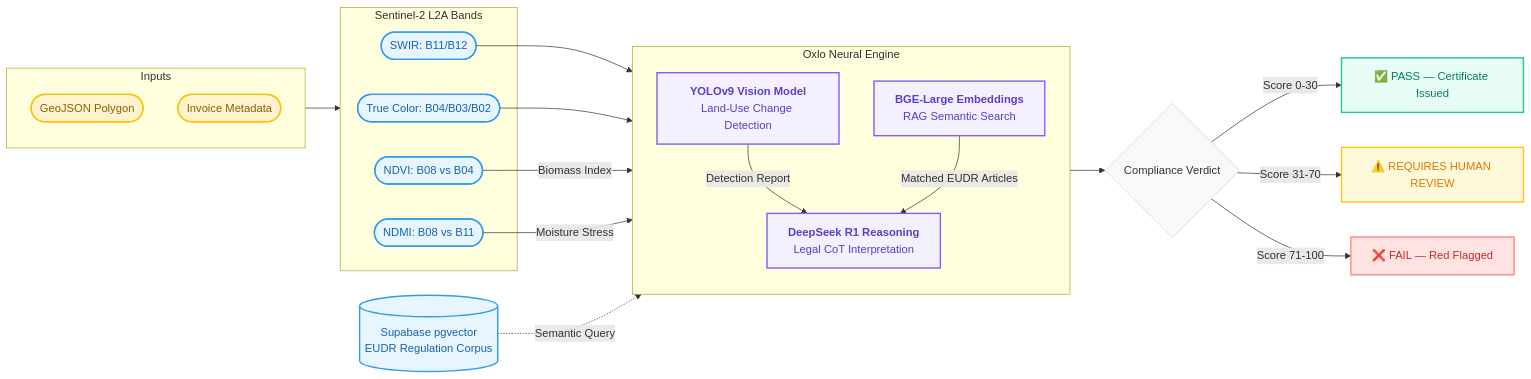
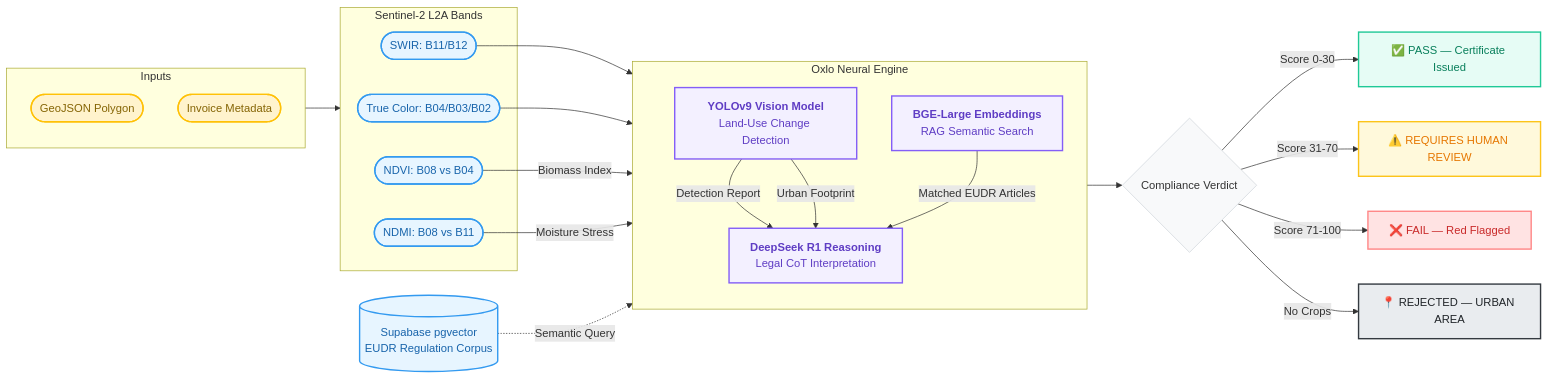
One commit to J4rias/eco-oracle-oxlo changed the third of 3 diagrams in README.md. Above: the diagram before and after it, drawn with Mermaid. The commit also changed other lines of this file and 11 other files, not shown here.

Commit message:
Fix: Example GeoJSON files; added REJECTED_URBAN_AREA and updated the models and README. The visual model was refined.

````diff
--- a/README.md
+++ b/README.md
@@ -117,48 +117,51 @@
 ```mermaid
 flowchart LR
     %% Styling Definitions
     classDef input fill:#fff3cd,stroke:#ffc107,stroke-width:2px,color:#856404;
     classDef layer fill:#e7f5ff,stroke:#339af0,stroke-width:2px,color:#1864ab;
     classDef ai fill:#f3f0ff,stroke:#845ef7,stroke-width:2px,color:#5f3dc4;
     classDef db fill:#e7f5ff,stroke:#339af0,stroke-width:2px,color:#1864ab;
     classDef pass fill:#e6fcf5,stroke:#20c997,stroke-width:2px,color:#087f5b;
     classDef fail fill:#ffe3e3,stroke:#ff8787,stroke-width:2px,color:#c92a2a;
     classDef review fill:#fff9db,stroke:#fcc419,stroke-width:2px,color:#e67700;
+    classDef reject fill:#e9ecef,stroke:#343a40,stroke-width:2px,color:#212529;
     classDef data fill:#f8f9fa,stroke:#ced4da,stroke-width:1px;
 
     subgraph Input [Inputs]
         G([GeoJSON Polygon]):::input
         M([Invoice Metadata]):::input
     end
 
     subgraph Remote_Sensing [Sentinel-2 L2A Bands]
         RGB([True Color: B04/B03/B02]):::layer
         SWIR([SWIR: B11/B12]):::layer
         NDVI([NDVI: B08 vs B04]):::layer
         NDMI([NDMI: B08 vs B11]):::layer
     end
 
     subgraph Oxlo_Models [Oxlo Neural Engine]
         direction TB
         YOLO["<b>YOLOv9 Vision Model</b><br/>Land-Use Change Detection"]:::ai
         DS["<b>DeepSeek R1 Reasoning</b><br/>Legal CoT Interpretation"]:::ai
         BGE["<b>BGE-Large Embeddings</b><br/>RAG Semantic Search"]:::ai
     end
 
     Input --> Remote_Sensing
 
     SWIR --> YOLO
     RGB --> YOLO
     YOLO -- "Detection Report" --> DS
+    YOLO -- "Urban Footprint" --> DS
     NDVI -- "Biomass Index" --> DS
     NDMI -- "Moisture Stress" --> DS
 
     BGE -- "Matched EUDR Articles" --> DS
     RAG[(Supabase pgvector<br/>EUDR Regulation Corpus)]:::db -.->|Semantic Query| BGE
 
     DS --> VERDICT{Compliance Verdict}:::data
 
     VERDICT -->|Score 0-30| PASS["✅ PASS — Certificate Issued"]:::pass
     VERDICT -->|Score 31-70| REVIEW["⚠️ REQUIRES HUMAN REVIEW"]:::review
     VERDICT -->|Score 71-100| FAIL["❌ FAIL — Red Flagged"]:::fail
+    VERDICT -->|No Crops| REJECT["📍 REJECTED — URBAN AREA"]:::reject
 ```
````
